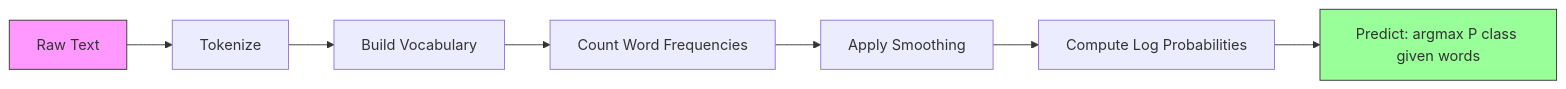
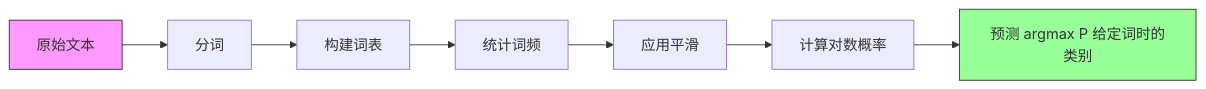
The diagram in phases/02-ml-fundamentals/14-naive-bayes/docs/zh.md (JerryC8080/ai-engineering-from-scratch-zh), drawn with Mermaid before and after one commit. The commit also changed 156 other files, not shown here.

First line of the commit message:
i18n(zh): translate mermaid diagram labels in 157 lesson zh.md

````diff
--- a/phases/02-ml-fundamentals/14-naive-bayes/docs/zh.md
+++ b/phases/02-ml-fundamentals/14-naive-bayes/docs/zh.md
@@ -211,12 +211,12 @@
 ```mermaid
 flowchart LR
-    A[Raw Text] --> B[Tokenize]
-    B --> C[Build Vocabulary]
-    C --> D[Count Word Frequencies]
-    D --> E[Apply Smoothing]
-    E --> F[Compute Log Probabilities]
-    F --> G[Predict: argmax P class given words]
+    A[原始文本] --> B[分词]
+    B --> C[构建词表]
+    C --> D[统计词频]
+    D --> E[应用平滑]
+    E --> F[计算对数概率]
+    F --> G[预测 argmax P 给定词时的类别]
 
     style A fill:#f9f,stroke:#333
     style G fill:#9f9,stroke:#333
 ```
````
